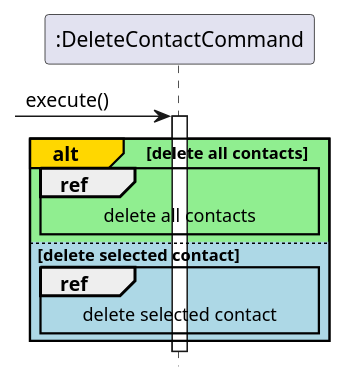
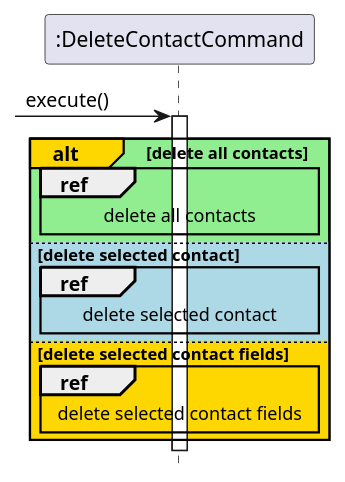
One commit to nus-cs2113-AY2122S1/tp changed the diagram in docs/diagrams/DeleteContactCommand.puml. Above: the diagram before and after it, drawn with PlantUML. The commit also changed 6 other files, not shown here.

```diff
--- a/docs/diagrams/DeleteContactCommand.puml
+++ b/docs/diagrams/DeleteContactCommand.puml
@@ -1,15 +1,18 @@
 @startuml
 hide footbox
 'https://plantuml.com/sequence-diagram
 -> ":DeleteContactCommand": execute()
 activate ":DeleteContactCommand"
 alt#gold #lightgreen delete all contacts
     ref over ":DeleteContactCommand", ":DeleteContactCommand" :delete all contacts
 
 else #lightblue delete selected contact
     ref over ":DeleteContactCommand", ":DeleteContactCommand" :delete selected contact
+
+else #gold delete selected contact fields
+    ref over ":DeleteContactCommand", ":DeleteContactCommand" :delete selected contact fields
 end
 
 deactivate ":DeleteContactCommand"
 
 @enduml
```
